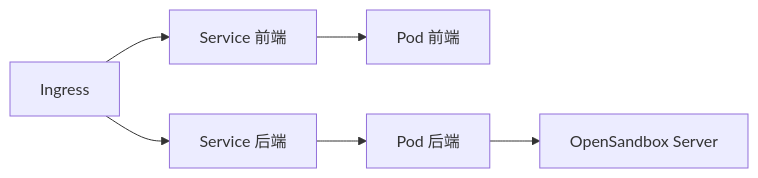
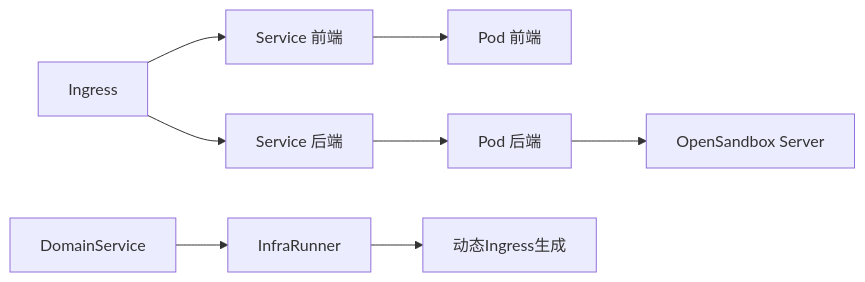
One commit to RabbitAI-Lab/Sandbox-Manager changed the seventh of 7 diagrams in .qoder/repowiki/zh/content/部署与运维/部署与运维.md. Above: the diagram before and after it, drawn with Mermaid. The commit also changed other lines of this file and 11 other files, not shown here.

````diff
--- a/.qoder/repowiki/zh/content/部署与运维/部署与运维.md
+++ b/.qoder/repowiki/zh/content/部署与运维/部署与运维.md
@@ -314,8 +458,10 @@
 ```mermaid
 graph LR
 ING["Ingress"] --> SVC_FE["Service 前端"]
 ING --> SVC_BE["Service 后端"]
 SVC_FE --> POD_FE["Pod 前端"]
 SVC_BE --> POD_BE["Pod 后端"]
 POD_BE --> OSB["OpenSandbox Server"]
+DOMAIN["DomainService"] --> INFRA["InfraRunner"]
+INFRA --> INGRESS["动态Ingress生成"]
 ```
````
